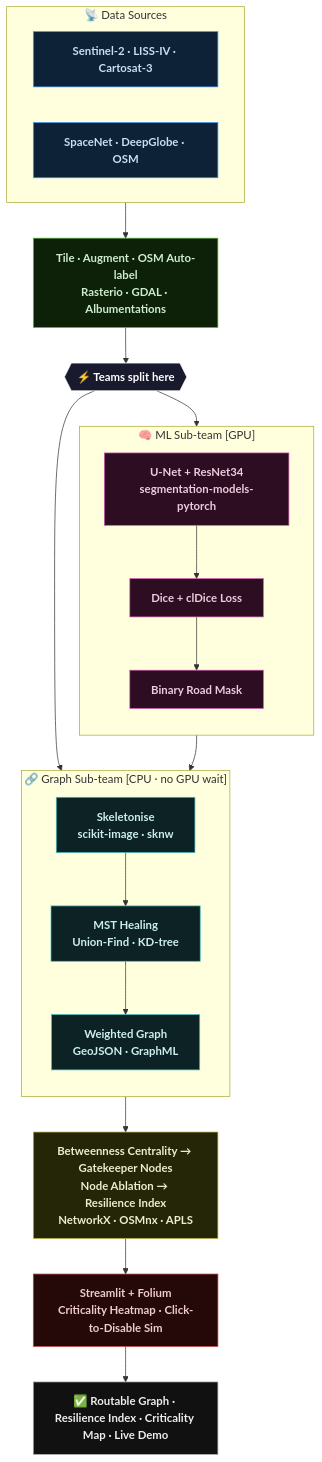
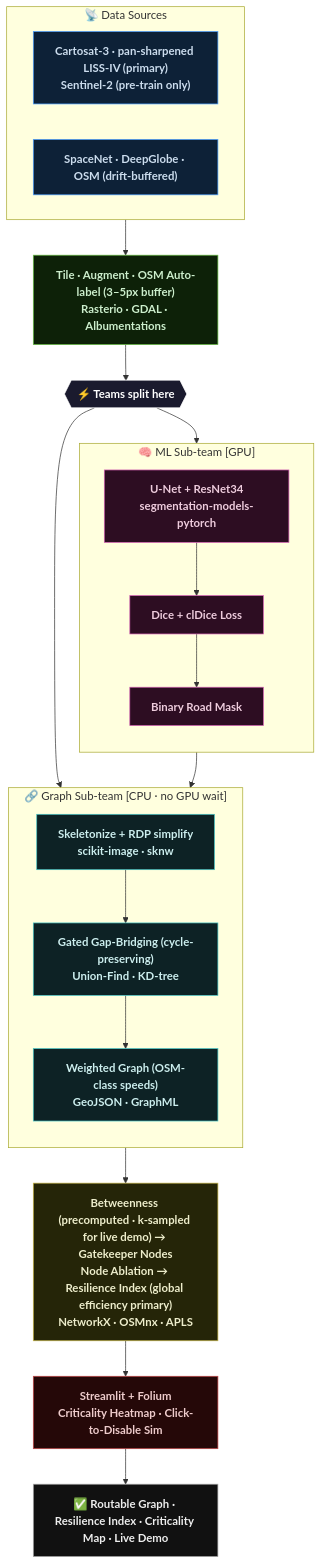
One commit to YUVARAJ-R-ai/Dubai_Kurukku_sandhu changed the diagram in docs/architecture.md. Above: the diagram before and after it, drawn with Mermaid. The commit also changed 5 other files, not shown here.

````diff
--- a/docs/architecture.md
+++ b/docs/architecture.md
@@ -8,59 +8,59 @@
 ```mermaid
 flowchart TD
     classDef src  fill:#0d2137,stroke:#4a9eff,color:#cde,font-weight:bold
     classDef prep fill:#0d2108,stroke:#6abf45,color:#cec,font-weight:bold
     classDef ml   fill:#2d0d22,stroke:#d45fb3,color:#ecd,font-weight:bold
     classDef gr   fill:#0d2225,stroke:#45c4c4,color:#cee,font-weight:bold
     classDef an   fill:#252508,stroke:#c4b345,color:#eec,font-weight:bold
     classDef db   fill:#250808,stroke:#c44545,color:#ecc,font-weight:bold
     classDef out  fill:#111,stroke:#aaa,color:#eee,font-weight:bold
     classDef fork fill:#1a1a2e,stroke:#fff,color:#fff,font-weight:bold
 
     subgraph SRC["📡 Data Sources"]
         direction LR
-        IMG["Sentinel-2 · LISS-IV · Cartosat-3"]
-        GT["SpaceNet · DeepGlobe · OSM"]
+        IMG["Cartosat-3 · pan-sharpened LISS-IV (primary)\nSentinel-2 (pre-train only)"]
+        GT["SpaceNet · DeepGlobe · OSM (drift-buffered)"]
     end
     class IMG,GT src
 
-    PREP["Tile · Augment · OSM Auto-label\nRasterio · GDAL · Albumentations"]
+    PREP["Tile · Augment · OSM Auto-label (3–5px buffer)\nRasterio · GDAL · Albumentations"]
     class PREP prep
 
     SRC --> PREP
     PREP --> FORK{{"⚡ Teams split here"}}
     class FORK fork
 
     subgraph ML["🧠 ML Sub-team  [GPU]"]
         direction TB
         MODEL["U-Net + ResNet34\nsegmentation-models-pytorch"]
         LOSS["Dice + clDice Loss"]
         MASK["Binary Road Mask"]
     end
     class MODEL,LOSS,MASK ml
 
     subgraph GR["🔗 Graph Sub-team  [CPU · no GPU wait]"]
         direction TB
-        SKEL["Skeletonise\nscikit-image · sknw"]
-        HEAL["MST Healing\nUnion-Find · KD-tree"]
-        WGHT["Weighted Graph\nGeoJSON · GraphML"]
+        SKEL["Skeletonize + RDP simplify\nscikit-image · sknw"]
+        HEAL["Gated Gap-Bridging (cycle-preserving)\nUnion-Find · KD-tree"]
+        WGHT["Weighted Graph (OSM-class speeds)\nGeoJSON · GraphML"]
     end
     class SKEL,HEAL,WGHT gr
 
     FORK --> MODEL --> LOSS --> MASK
     FORK --> SKEL
     MASK --> HEAL
     SKEL --> HEAL --> WGHT
 
-    AN["Betweenness Centrality → Gatekeeper Nodes\nNode Ablation → Resilience Index\nNetworkX · OSMnx · APLS"]
+    AN["Betweenness (precomputed · k-sampled for live demo) → Gatekeeper Nodes\nNode Ablation → Resilience Index (global efficiency primary)\nNetworkX · OSMnx · APLS"]
     class AN an
 
     WGHT --> AN
 
     DASH["Streamlit + Folium\nCriticality Heatmap · Click-to-Disable Sim"]
     class DASH db
 
     AN --> DASH
 
     OUT["✅ Routable Graph · Resilience Index · Criticality Map · Live Demo"]:::out
     DASH --> OUT
 ```
````
